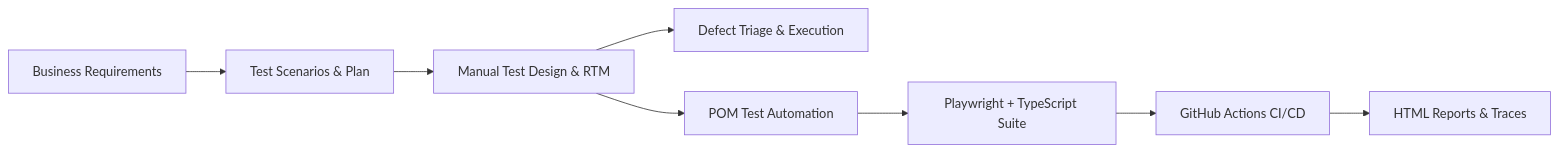
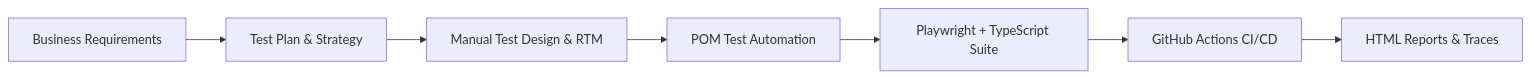
The diagram in README.md (sandip95-web/opencart-qa-automation), drawn with Mermaid before and after one commit. The commit also changed other lines of this file and 3 other files, not shown here.

Commit message:
docs: connect live Test Plan, Test Cases, and RTM links; clean up unmade deliverables

````diff
--- a/README.md
+++ b/README.md
@@ -31,10 +31,9 @@
 ```mermaid
 flowchart LR
-    A[Business Requirements] --> B[Test Scenarios & Plan]
+    A[Business Requirements] --> B[Test Plan & Strategy]
     B --> C[Manual Test Design & RTM]
-    C --> D[Defect Triage & Execution]
-    C --> E[POM Test Automation]
-    E --> F[Playwright + TypeScript Suite]
-    F --> G[GitHub Actions CI/CD]
-    G --> H[HTML Reports & Traces]
+    C --> D[POM Test Automation]
+    D --> E[Playwright + TypeScript Suite]
+    E --> F[GitHub Actions CI/CD]
+    F --> G[HTML Reports & Traces]
 ```
````
